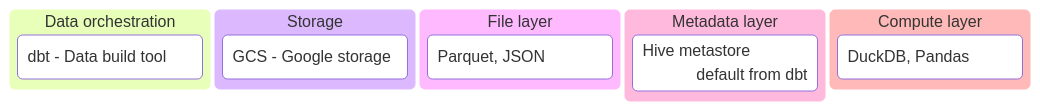
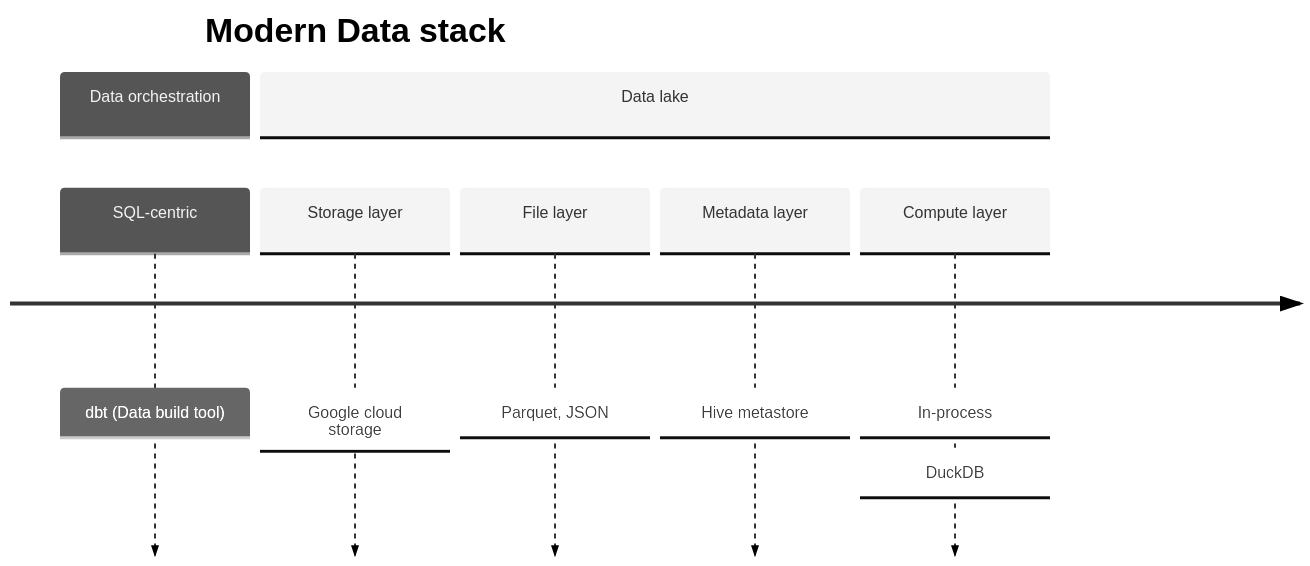
One commit to srikanthkote/trade_dbt_project changed the second of 2 diagrams in README.md. Above: the diagram before and after it, drawn with Mermaid.

Commit message:
Update README.md
Using timeline

````diff
--- a/README.md
+++ b/README.md
@@ -40,19 +40,15 @@
 ```mermaid
 ---
 config:
-  kanban:
-    ticketBaseUrl: https://org.atlassian.net/browse/#TICKET#
-  theme: default
+  theme: neutral
 ---
-kanban
-  Data orchestration
-    [dbt - Data build tool]
-  [Storage]
-    id6[GCS - Google storage]
-  id9[File layer]
-    id8[Parquet, JSON]
-  id10[Metadata layer]
-    id4[Hive metastore]@{ assigned: 'default from dbt' }
-  id11[Compute layer]
-    id5[DuckDB, Pandas]
+timeline
+    title Modern Data stack
+    section Data orchestration
+        SQL-centric : dbt (Data build tool)
+    section Data lake
+        Storage layer : Google cloud storage
+        File layer : Parquet, JSON
+        Metadata layer : Hive metastore 
+        Compute layer : In-process: DuckDB
 ```
````
